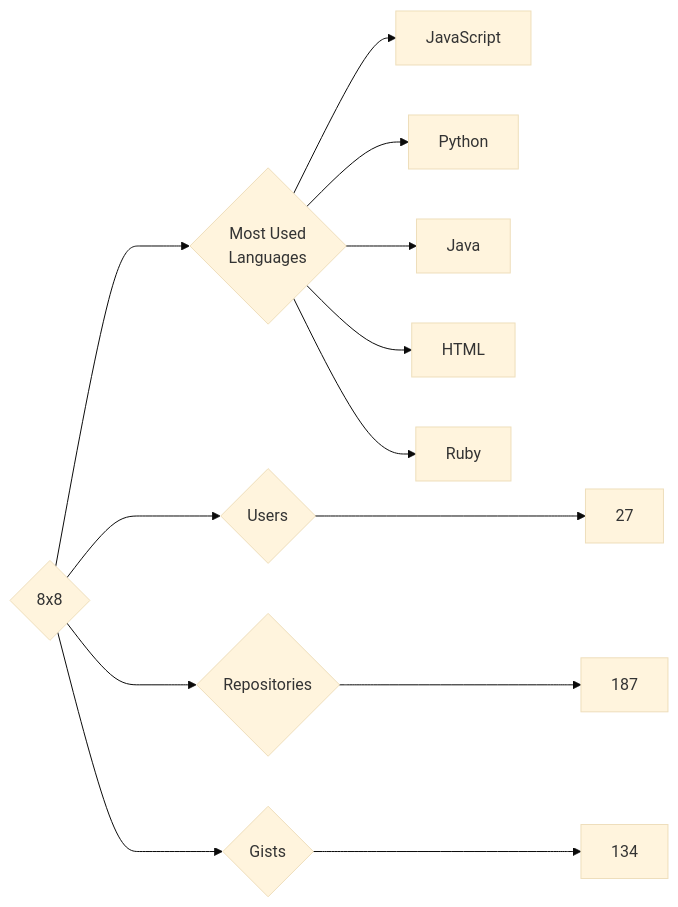
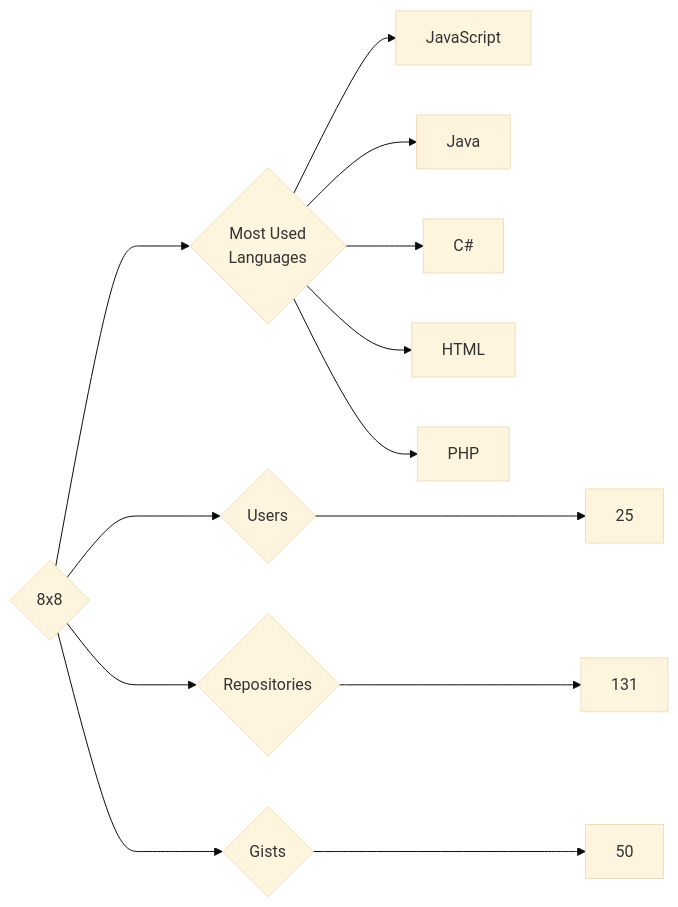
One commit to trickest/insiders changed the diagram in targets/8x8/README.md. Above: the diagram before and after it, drawn with Mermaid (base theme). The commit also changed 777 other files, not shown here.

````diff
--- a/targets/8x8/README.md
+++ b/targets/8x8/README.md
@@ -3,13 +3,13 @@
 ```mermaid
 graph LR
 COMPANY_NAME{8x8}
-COMPANY_NAME ---> U{Users} ---> UN[27]
-COMPANY_NAME ---> R{Repositories} ---> RN[187]
-COMPANY_NAME ---> G{Gists} ---> GN[134]
+COMPANY_NAME ---> U{Users} ---> UN[25]
+COMPANY_NAME ---> R{Repositories} ---> RN[131]
+COMPANY_NAME ---> G{Gists} ---> GN[50]
 COMPANY_NAME ---> ML{Most Used<br>Languages}
 ML --> JavaScript[JavaScript]
-ML --> Python[Python]
 ML --> Java[Java]
+ML --> C#[C#]
 ML --> HTML[HTML]
-ML --> Ruby[Ruby]
+ML --> PHP[PHP]
 ```
````
